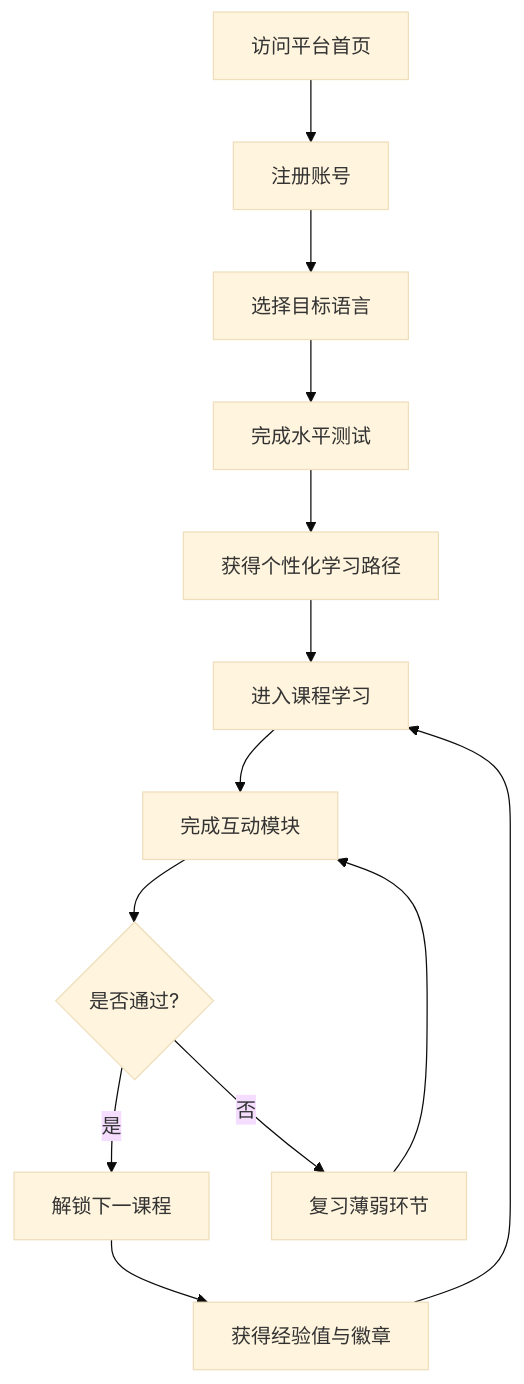
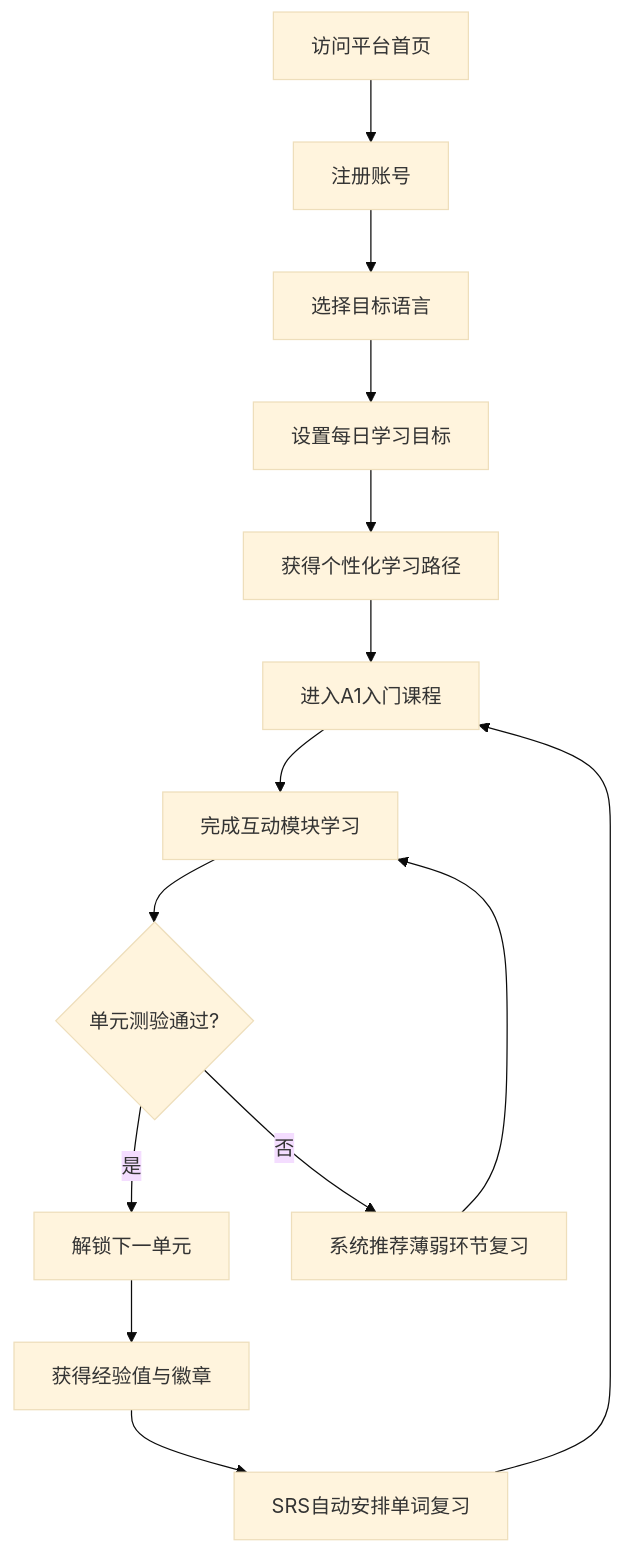
The first of 3 diagrams in .trae/documents/prd.md (wukundaatt/language_tutor), drawn with Mermaid (base theme) before and after one commit. The commit also changed other lines of this file and 67 other files, not shown here.

````diff
--- a/.trae/documents/prd.md
+++ b/.trae/documents/prd.md
@@ -63,15 +78,16 @@
 ```mermaid
 flowchart TD
     A["访问平台首页"] --> B["注册账号"]
     B --> C["选择目标语言"]
-    C --> D["完成水平测试"]
+    C --> D["设置每日学习目标"]
     D --> E["获得个性化学习路径"]
-    E --> F["进入课程学习"]
-    F --> G["完成互动模块"]
-    G --> H{"是否通过?"}
-    H -->|"是"| I["解锁下一课程"]
-    H -->|"否"| J["复习薄弱环节"]
+    E --> F["进入A1入门课程"]
+    F --> G["完成互动模块学习"]
+    G --> H{"单元测验通过?"}
+    H -->|"是"| I["解锁下一单元"]
+    H -->|"否"| J["系统推荐薄弱环节复习"]
     J --> G
     I --> K["获得经验值与徽章"]
-    K --> F
+    K --> L["SRS自动安排单词复习"]
+    L --> F
 ```
````
